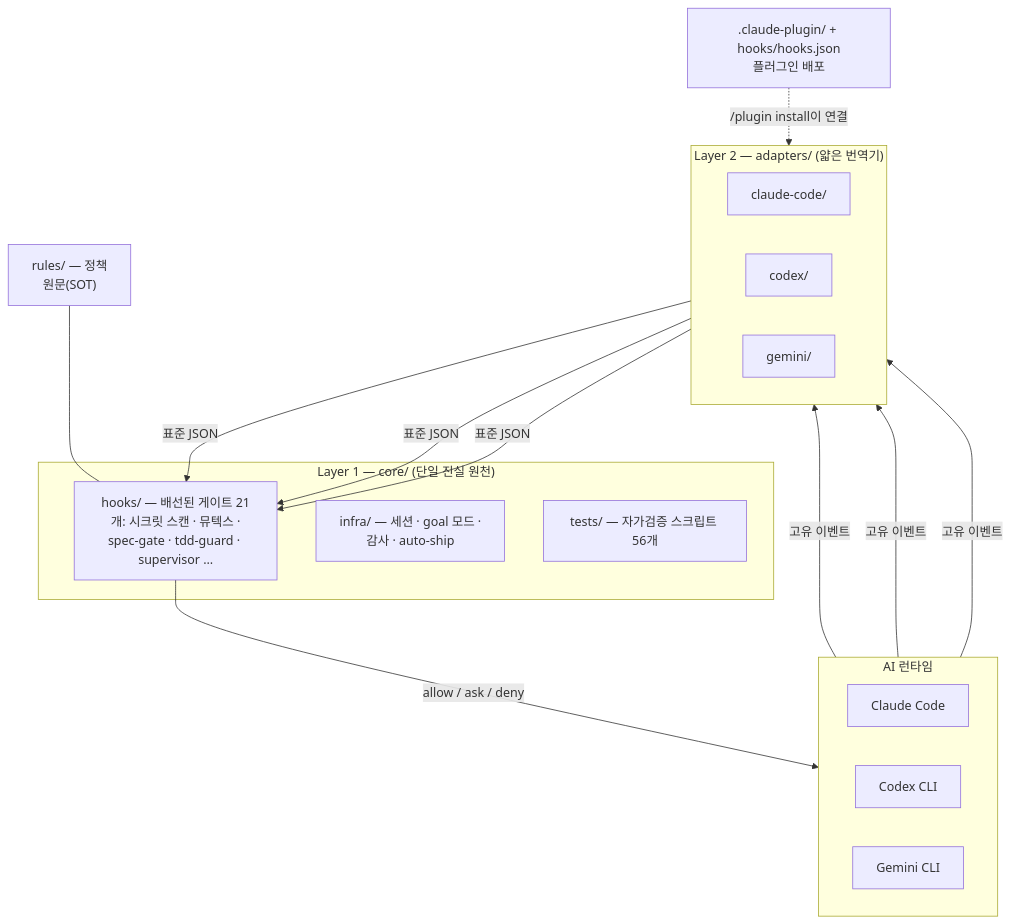
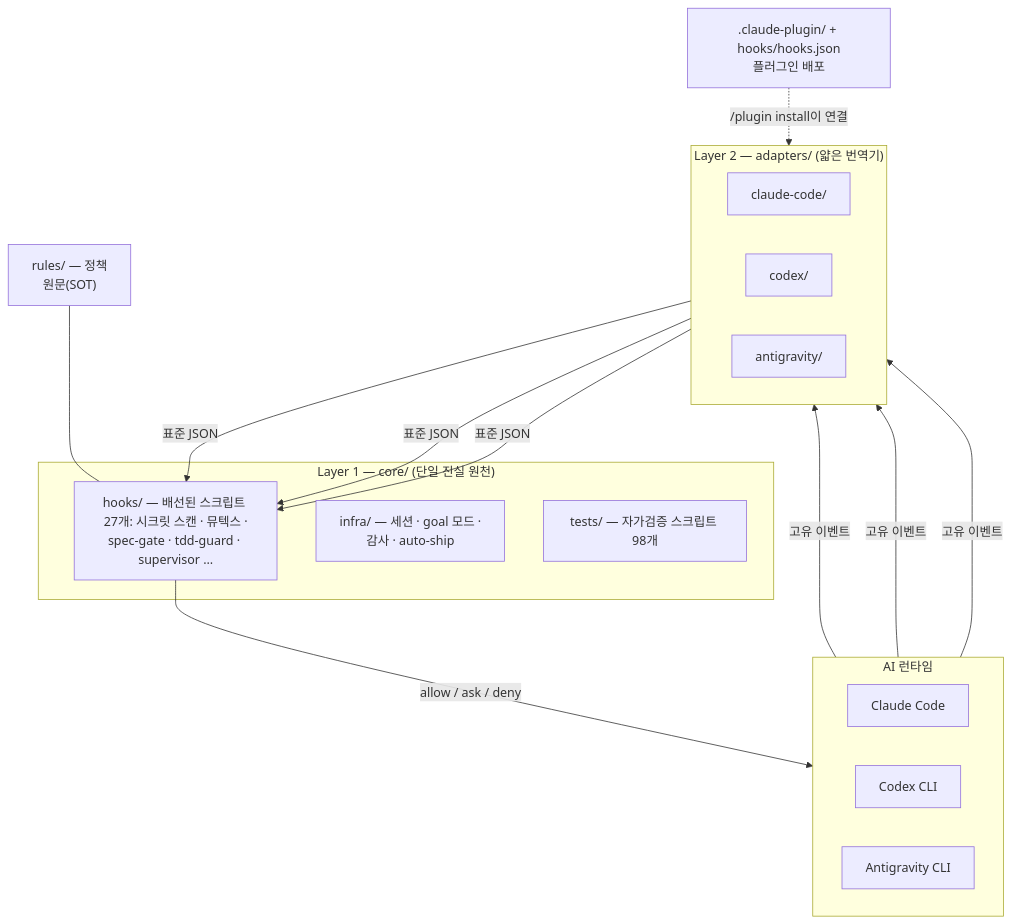
One commit to joymin5655/Agent changed the second of 5 diagrams in README.ko.md. Above: the diagram before and after it, drawn with Mermaid. The commit also changed other lines of this file and 7 other files, not shown here.

````diff
--- a/README.ko.md
+++ b/README.ko.md
@@ -277,32 +286,32 @@
 ```mermaid
 flowchart TB
     subgraph RT["AI 런타임"]
         direction LR
         CC["Claude Code"]
         CX["Codex CLI"]
-        GM["Gemini CLI"]
+        GM["Antigravity CLI"]
     end
     subgraph AD["Layer 2 — adapters/ (얇은 번역기)"]
         direction LR
         A1["claude-code/"]
         A2["codex/"]
-        A3["gemini/"]
+        A3["antigravity/"]
     end
     subgraph CORE["Layer 1 — core/ (단일 진실 원천)"]
-        H["hooks/ — 배선된 게이트 21개: 시크릿 스캔 · 뮤텍스 ·<br/>spec-gate · tdd-guard · supervisor …"]
+        H["hooks/ — 배선된 스크립트 27개: 시크릿 스캔 · 뮤텍스 ·<br/>spec-gate · tdd-guard · supervisor …"]
         I["infra/ — 세션 · goal 모드 ·<br/>감사 · auto-ship"]
-        T["tests/ — 자가검증 스크립트 56개"]
+        T["tests/ — 자가검증 스크립트 98개"]
     end
     R["rules/ — 정책<br/>원문(SOT)"]
     PLUG[".claude-plugin/ + hooks/hooks.json<br/>플러그인 배포"]
 
     CC -->|고유 이벤트| A1
     CX -->|고유 이벤트| A2
     GM -->|고유 이벤트| A3
     A1 -->|표준 JSON| H
     A2 -->|표준 JSON| H
     A3 -->|표준 JSON| H
     H -->|"allow / ask / deny"| RT
     R --- H
     PLUG -. "/plugin install이 연결" .-> A1
 ```
````
